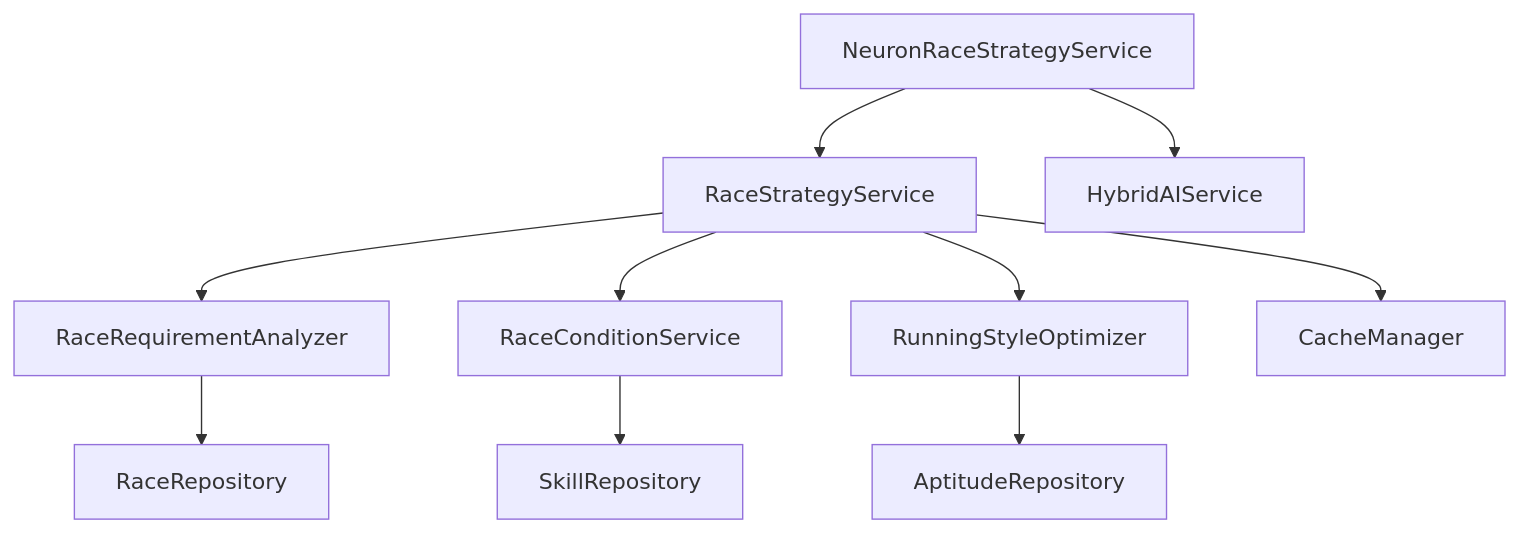
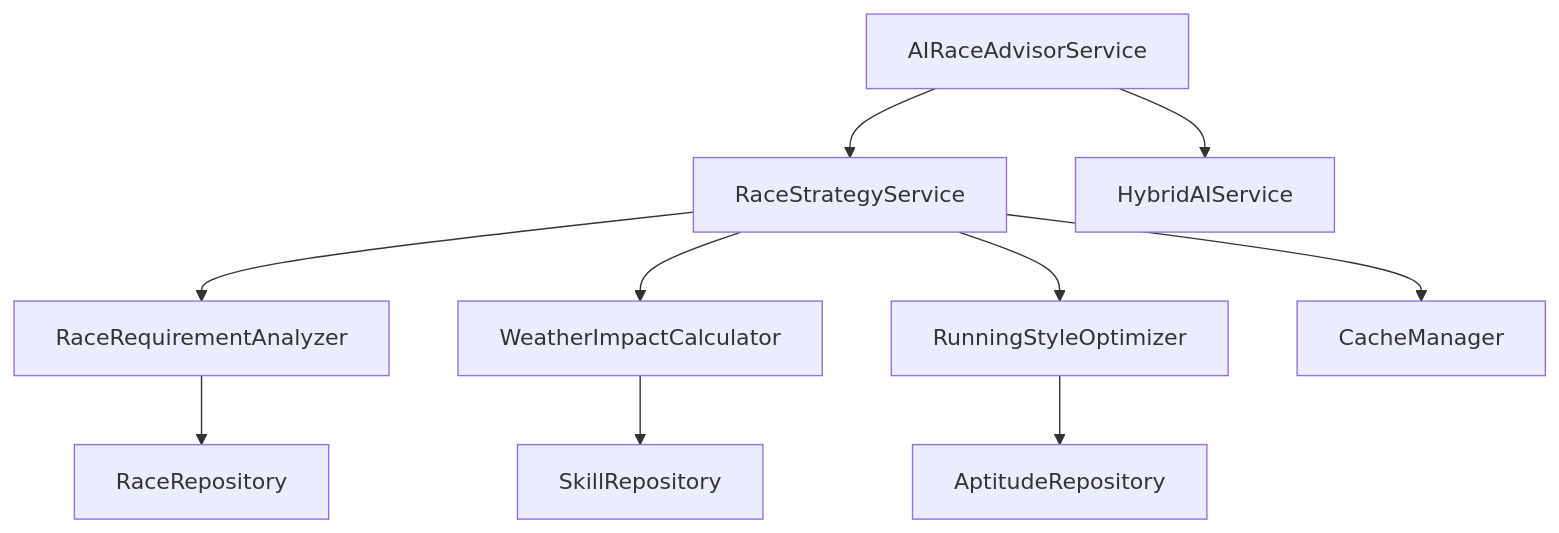
Before and after one commit to exatfrds67/umamusume-career-planner: the sixth of 7 diagrams in docs/01-tech-flow/TECH-FLOW-003_Race_Strategy_Flow.md, drawn with Mermaid. The commit also changed other lines of this file and 58 other files, not shown here.

Commit message:
docs(flow): fix markdownlint errors in diagrams, flows, sequences, tech-flow, user-flows, and wireframes

````diff
--- a/docs/01-tech-flow/TECH-FLOW-003_Race_Strategy_Flow.md
+++ b/docs/01-tech-flow/TECH-FLOW-003_Race_Strategy_Flow.md
@@ -1187,14 +1187,14 @@
 ```mermaid
 flowchart TD
     RaceStrategyService --> RaceRequirementAnalyzer
-    RaceStrategyService --> RaceConditionService
+    RaceStrategyService --> WeatherImpactCalculator
     RaceStrategyService --> RunningStyleOptimizer
     RaceStrategyService --> CacheManager
     
     RaceRequirementAnalyzer --> RaceRepository
-    RaceConditionService --> SkillRepository
+    WeatherImpactCalculator --> SkillRepository
     RunningStyleOptimizer --> AptitudeRepository
     
-    NeuronRaceStrategyService --> RaceStrategyService
-    NeuronRaceStrategyService --> HybridAIService
+    AIRaceAdvisorService --> RaceStrategyService
+    AIRaceAdvisorService --> HybridAIService
 ```
````
